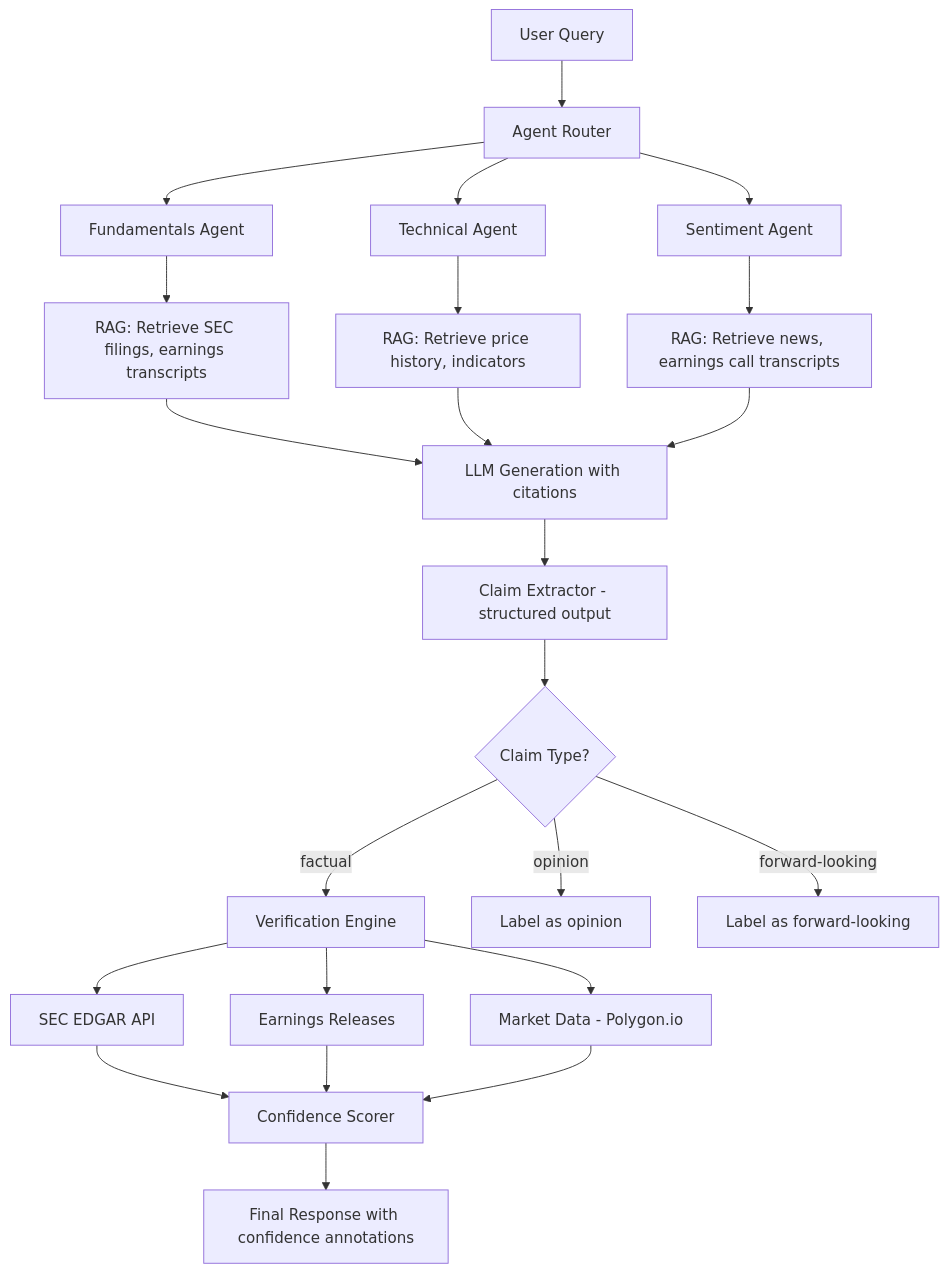
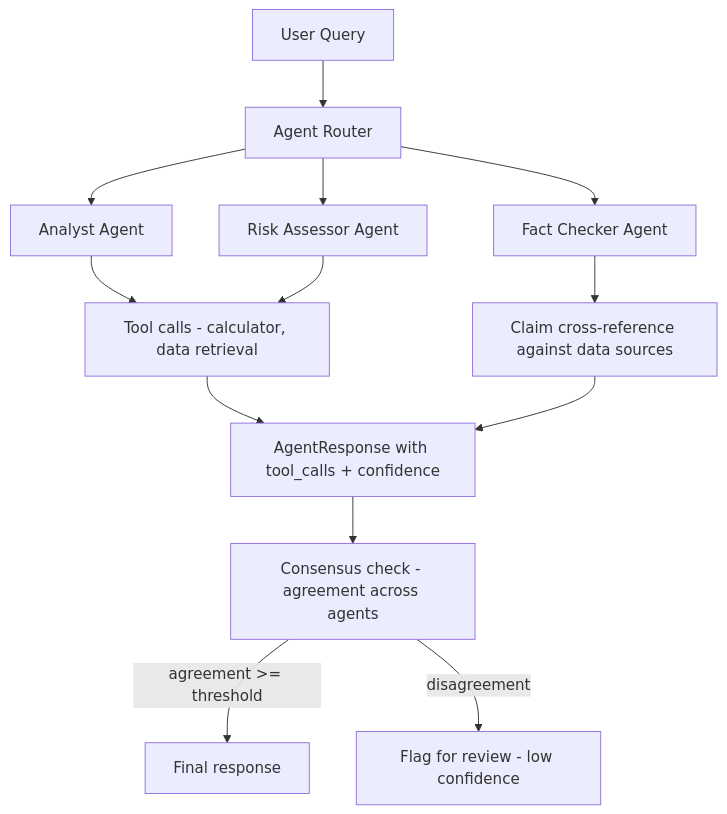
One commit to jrajath94/llm-financial-agent changed the diagram in README.md. Above: the diagram before and after it, drawn with Mermaid. The commit also changed other lines of this file and 2 other files, not shown here.

````diff
--- a/README.md
+++ b/README.md
@@ -33,25 +18,15 @@
 ```mermaid
 graph TD
     A[User Query] --> B[Agent Router]
-    B --> C[Fundamentals Agent]
-    B --> D[Technical Agent]
-    B --> E[Sentiment Agent]
-    C --> F[RAG: Retrieve SEC filings, earnings transcripts]
-    D --> G[RAG: Retrieve price history, indicators]
-    E --> H[RAG: Retrieve news, earnings call transcripts]
-    F --> I[LLM Generation with citations]
-    G --> I
-    H --> I
-    I --> J[Claim Extractor - structured output]
-    J --> K{Claim Type?}
-    K -->|factual| L[Verification Engine]
-    K -->|opinion| M[Label as opinion]
-    K -->|forward-looking| N[Label as forward-looking]
-    L --> O[SEC EDGAR API]
-    L --> P[Earnings Releases]
-    L --> Q[Market Data - Polygon.io]
-    O --> R[Confidence Scorer]
-    P --> R
-    Q --> R
-    R --> S[Final Response with confidence annotations]
+    B --> C[Analyst Agent]
+    B --> D[Risk Assessor Agent]
+    B --> E[Fact Checker Agent]
+    C --> F[Tool calls - calculator, data retrieval]
+    D --> F
+    E --> G[Claim cross-reference against data sources]
+    F --> H[AgentResponse with tool_calls + confidence]
+    G --> H
+    H --> I[Consensus check - agreement across agents]
+    I -->|agreement >= threshold| J[Final response]
+    I -->|disagreement| K[Flag for review - low confidence]
 ```
````
